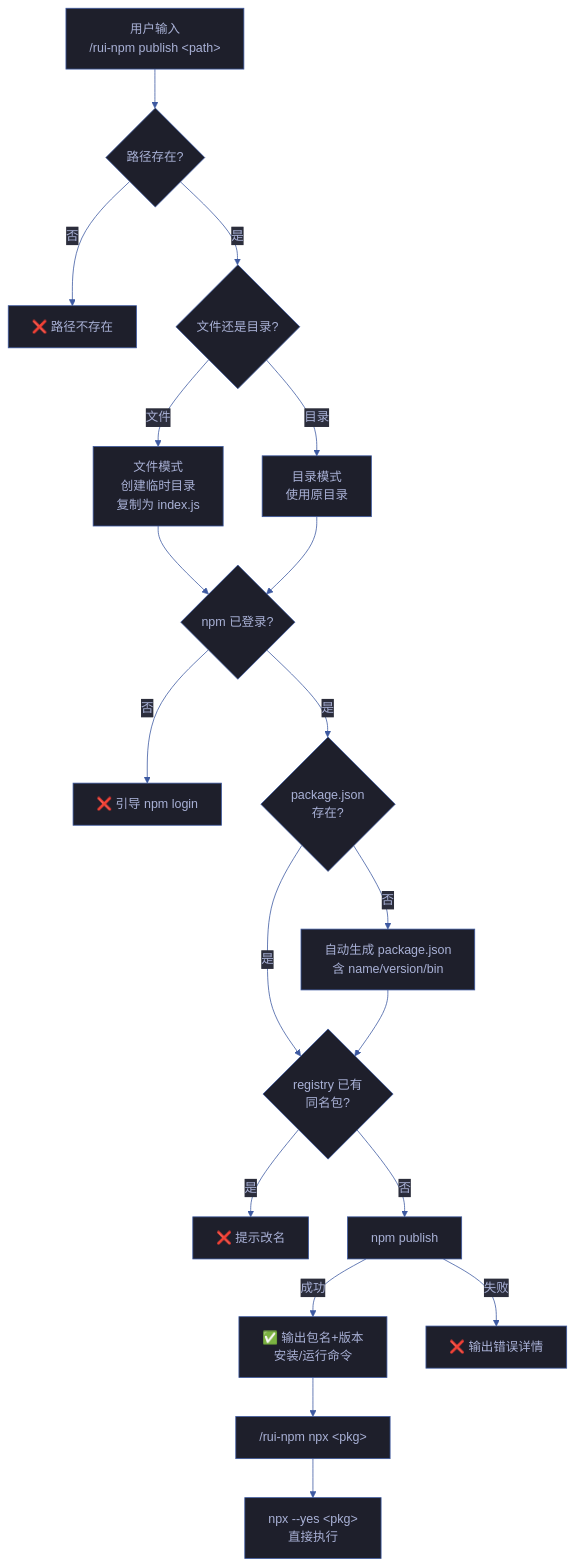
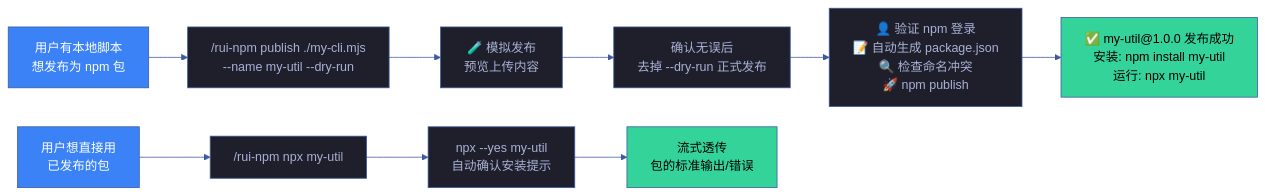
Before and after one commit to effiy/YrY: the first of 3 diagrams in docs/故事任务面板/rui-npm/场景-3-本地发布与npx使用/场景-3-本地发布与npx使用.md, drawn with Mermaid. The commit also changed other lines of this file and 49 other files, not shown here.

````diff
--- a/docs/故事任务面板/rui-npm/场景-3-本地发布与npx使用/场景-3-本地发布与npx使用.md
+++ b/docs/故事任务面板/rui-npm/场景-3-本地发布与npx使用/场景-3-本地发布与npx使用.md
@@ -9,31 +37,23 @@
 ```mermaid
 %%{init: {'theme': 'base', 'themeVariables': {
   'primaryColor': '#1e1f2b',
   'primaryTextColor': '#a9b1d6',
   'primaryBorderColor': '#3d59a1',
   'lineColor': '#3d59a1',
   'secondaryColor': '#2b2d3b',
   'tertiaryColor': '#21232f'
 }}}%%
-flowchart TD
-    INPUT["用户输入<br/>/rui-npm publish &lt;path&gt;"]:::src
-    INPUT --> EXISTS{"路径存在?"}
-    EXISTS -->|"否"| ERR1["❌ 路径不存在"]:::error
-    EXISTS -->|"是"| TYPE{"文件还是目录?"}
-    TYPE -->|"文件"| FILE_MODE["文件模式<br/>创建临时目录<br/>复制为 index.js"]:::action
-    TYPE -->|"目录"| DIR_MODE["目录模式<br/>使用原目录"]:::action
-    FILE_MODE --> LOGIN{"npm 已登录?"}
-    DIR_MODE --> LOGIN
-    LOGIN -->|"否"| ERR2["❌ 引导 npm login"]:::error
-    LOGIN -->|"是"| PKGJSON{"package.json<br/>存在?"}
-    PKGJSON -->|"否"| AUTO_GEN["自动生成 package.json<br/>含 name/version/bin"]:::action
-    PKGJSON -->|"是"| CONFLICT{"registry 已有<br/>同名包?"}
-    AUTO_GEN --> CONFLICT
-    CONFLICT -->|"是"| ERR3["❌ 提示改名"]:::error
-    CONFLICT -->|"否"| PUBLISH["npm publish"]:::action
-    PUBLISH -->|"成功"| DONE["✅ 输出包名+版本<br/>安装/运行命令"]
-    PUBLISH -->|"失败"| ERR4["❌ 输出错误详情"]:::error
+flowchart LR
+    Q1["用户有本地脚本<br/>想发布为 npm 包"]:::user --> P1["/rui-npm publish ./my-cli.mjs<br/>--name my-util --dry-run"]
+    P1 --> P2["🧪 模拟发布<br/>预览上传内容"]
+    P2 --> P3["确认无误后<br/>去掉 --dry-run 正式发布"]
+    P3 --> P4["👤 验证 npm 登录<br/>📝 自动生成 package.json<br/>🔍 检查命名冲突<br/>🚀 npm publish"]
+    P4 --> R1["✅ my-util@1.0.0 发布成功<br/>安装: npm install my-util<br/>运行: npx my-util"]:::done
 
-    DONE --> NPX["/rui-npm npx &lt;pkg&gt;"]:::run
-    NPX --> EXEC["npx --yes &lt;pkg&gt;<br/>直接执行"]:::run
+    Q2["用户想直接用<br/>已发布的包"]:::user --> N1["/rui-npm npx my-util"]
+    N1 --> N2["npx --yes my-util<br/>自动确认安装提示"]
+    N2 --> R2["流式透传<br/>包的标准输出/错误"]:::done
+
+    classDef user fill:#3B82F6,color:#fff
+    classDef done fill:#34d399,color:#000
 ```
````
